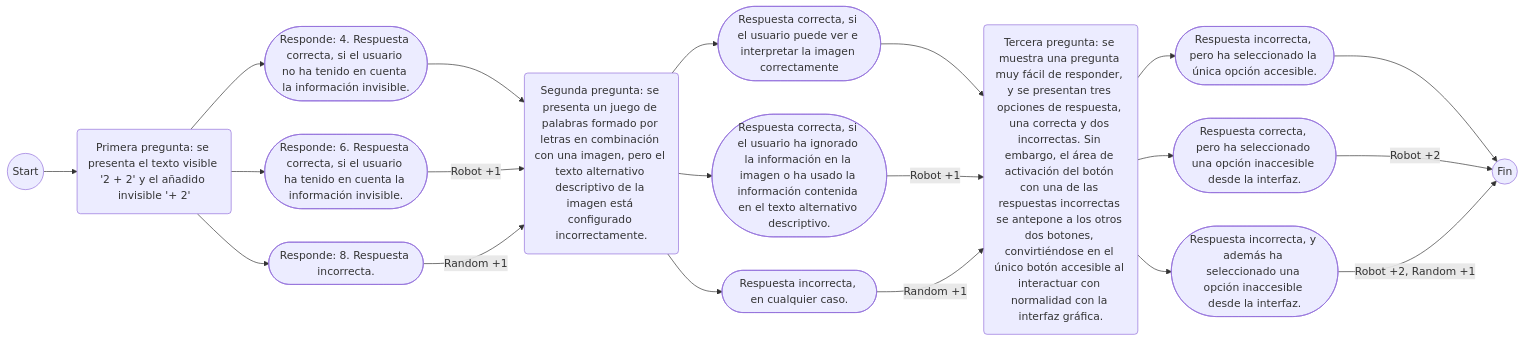
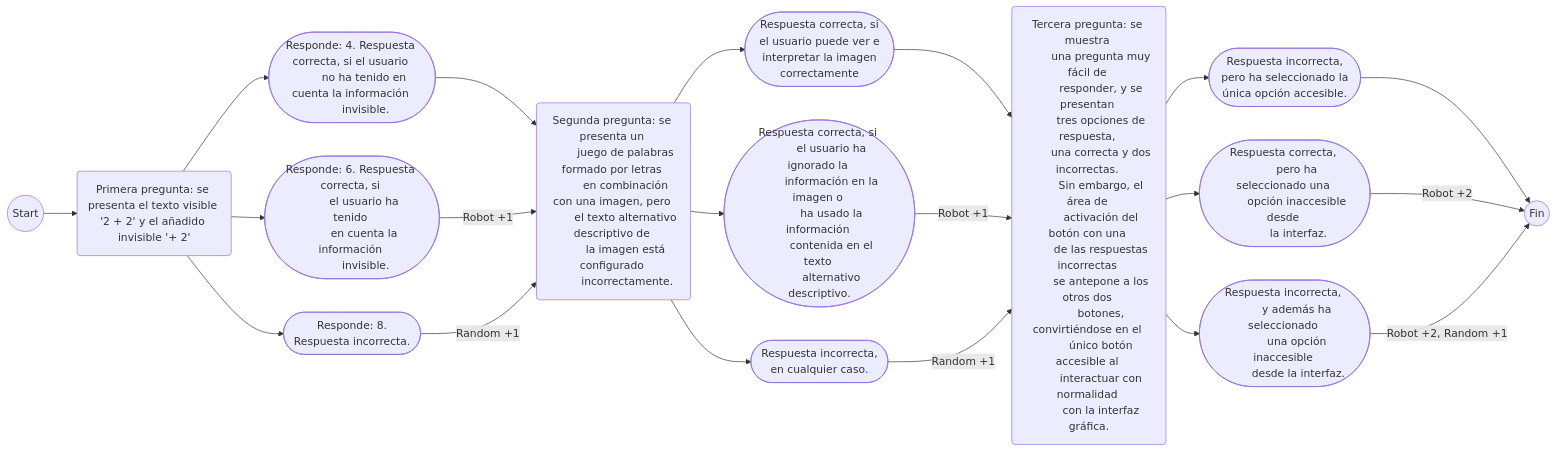
One commit to m-argenta/botornot changed the diagram in test/01_INT.md. Above: the diagram before and after it, drawn with Mermaid. The commit also changed other lines of this file, not shown here.

```diff
--- a/test/01_INT.md
+++ b/test/01_INT.md
@@ -1,24 +1,64 @@
 <pre class="mermaid">
 flowchart LR
-A((Start)) -->		A1(Primera pregunta: se presenta el texto visible '2 + 2' y el añadido invisible '+ 2')
-					A1 -->  	A1h([Responde: 4. Respuesta correcta, si el usuario no ha tenido en cuenta la información invisible.]) 
-            					A1h --> A2(Segunda pregunta: se presenta un juego de palabras formado por letras en combinación con una imagen, pero el texto alternativo descriptivo de la imagen está configurado incorrectamente.)
-    				A1 -->  	A1b([Responde: 6. Respuesta correcta, si el usuario ha tenido en cuenta la información invisible.]) 
+A((Start)) -->		A1("`Primera pregunta: se presenta el texto visible '2 + 2' y el añadido invisible '+ 2'`")
+					A1 -->  	A1h(["`Responde: 4. Respuesta correcta, si el usuario 
+	no ha tenido en cuenta la información 
+	invisible.`"]) 
+            					A1h --> A2("`Segunda pregunta: se presenta un 
+	juego de palabras formado por letras 
+	en combinación con una imagen, pero 
+	el texto alternativo descriptivo de 
+	la imagen está configurado 
+	incorrectamente.`")
+    				A1 -->  	A1b(["`Responde: 6. Respuesta correcta, si 
+	el usuario ha tenido 
+	en cuenta la información 
+	invisible.`"]) 
             					A1b -->|Robot +1| A2
-    				A1 -->  	A1i([Responde: 8. Respuesta incorrecta.]) 
+    				A1 -->  	A1i(["`Responde: 8. 
+	Respuesta incorrecta.`"]) 
             					A1i -->|Random +1| A2
 
-					A2 --> 		A2h([Respuesta correcta, si el usuario puede ver e interpretar la imagen correctamente]) 
-								A2h --> A3(Tercera pregunta: se muestra una pregunta muy fácil de responder, y se presentan tres opciones de respuesta, una correcta y dos incorrectas. Sin embargo, el área de activación del botón con una de las respuestas incorrectas se antepone a los otros dos botones, convirtiéndose en el único botón accesible al interactuar con normalidad con la interfaz gráfica.)
-   					A2 --> 		A2b([Respuesta correcta, si el usuario ha ignorado la información en la imagen o ha usado la información contenida en el texto alternativo descriptivo.]) 
+					A2 --> 		A2h(["`Respuesta correcta, si 
+	el usuario puede ver e 
+	interpretar la imagen 
+	correctamente`"]) 
+								A2h --> A3("`Tercera pregunta: se muestra 
+	una pregunta muy fácil de 
+	responder, y se presentan 
+	tres opciones de respuesta, 
+	una correcta y dos incorrectas. 
+	Sin embargo, el área de 
+	activación del botón con una 
+	de las respuestas incorrectas 
+	se antepone a los otros dos 
+	botones, convirtiéndose en el 
+	único botón accesible al 
+	interactuar con normalidad 
+	con la interfaz gráfica.`")
+   					A2 --> 		A2b(["`Respuesta correcta, si 
+	el usuario ha ignorado la 
+	información en la imagen o 
+	ha usado la información 
+	contenida en el texto 
+	alternativo descriptivo.`"]) 
 								A2b -->|Robot +1| A3
-					A2 --> 		A2i([Respuesta incorrecta, en cualquier caso.])
+					A2 --> 		A2i(["`Respuesta incorrecta, 
+	en cualquier caso.`"])
 								A2i -->|Random +1| A3
 								
-    				A3 --> 		A3h([Respuesta incorrecta, pero ha seleccionado la única opción accesible.]) 
-								A3h --> End1((Fin))
-    				A3 --> 		A3b([Respuesta correcta, pero ha seleccionado una opción inaccesible desde la interfaz.]) 
+    				A3 --> 		A3h(["`Respuesta incorrecta, 
+	pero ha seleccionado la 
+	única opción accesible.`"]) 
+								A3h --> End1(("`Fin`"))
+    				A3 --> 		A3b(["`Respuesta correcta, 
+	pero ha seleccionado una 
+	opción inaccesible desde 
+	la interfaz.`"]) 
 								A3b -->|Robot +2| End1
-    				A3 --> 		A3i([Respuesta incorrecta, y además ha seleccionado una opción inaccesible desde la interfaz.]) 
+    				A3 --> 		A3i(["`Respuesta incorrecta, 
+	y además ha seleccionado 
+	una opción inaccesible 
+	desde la interfaz.`"]) 
 								A3i -->|Robot +2, Random +1| End1
 </pre>
```
